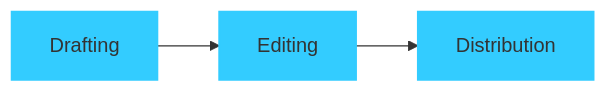
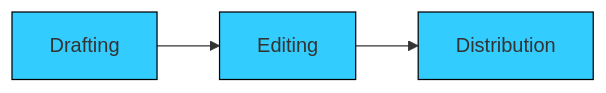
The second of 2 diagrams in myworkflow.md (giorgio-bendoni/giorgio-bendoni.github.io), drawn with Mermaid before and after one commit. The commit also changed other lines of this file, not shown here.

```diff
--- a/myworkflow.md
+++ b/myworkflow.md
@@ -25,8 +25,8 @@
     <div class="mermaid">
     graph LR
     A[Drafting] --> B[Editing]
     B --> C[Distribution]
-    style A fill:#3cf,stroke:#3cf,stroke-width:2px
-    style B fill:#3cf,stroke:#3cf,stroke-width:2px
-    style C fill:#3cf,stroke:#3cf,stroke-width:2px
+    style A fill:#3cf,stroke:#000,stroke-width:1px
+    style B fill:#3cf,stroke:#000,stroke-width:1px
+    style C fill:#3cf,stroke:#000,stroke-width:1px
     </div>
```
